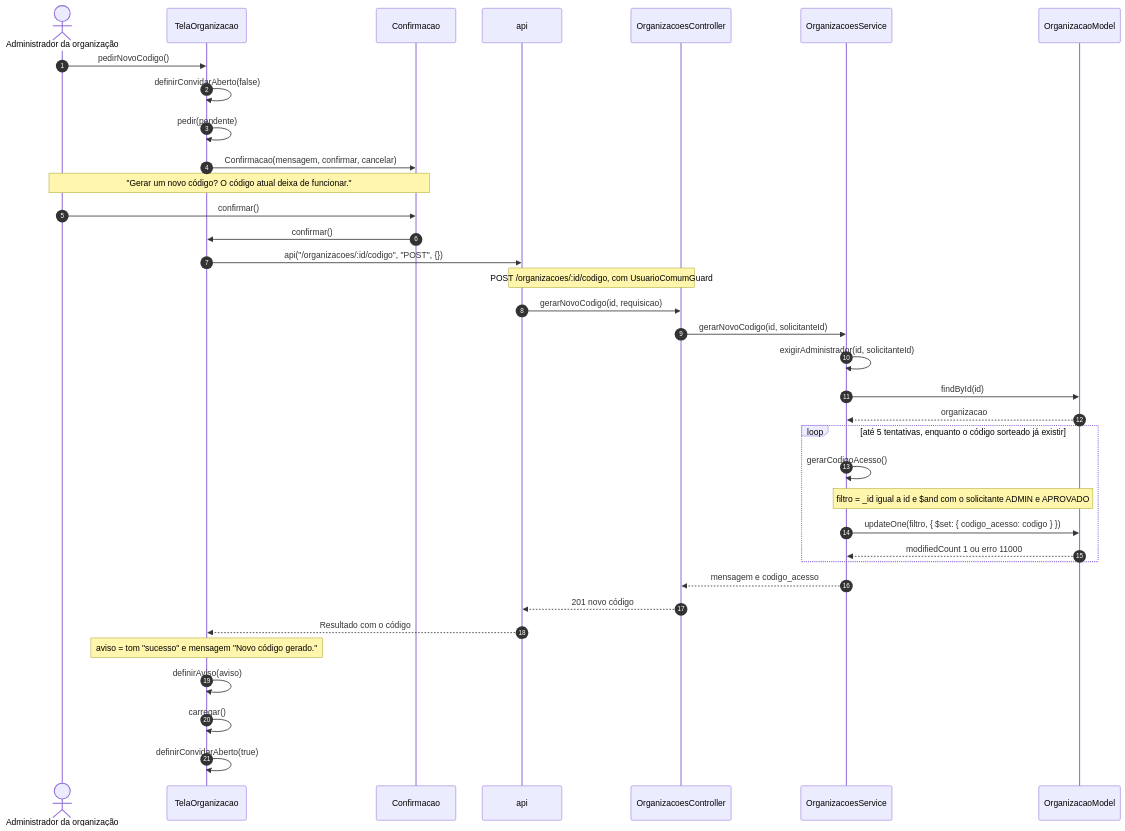
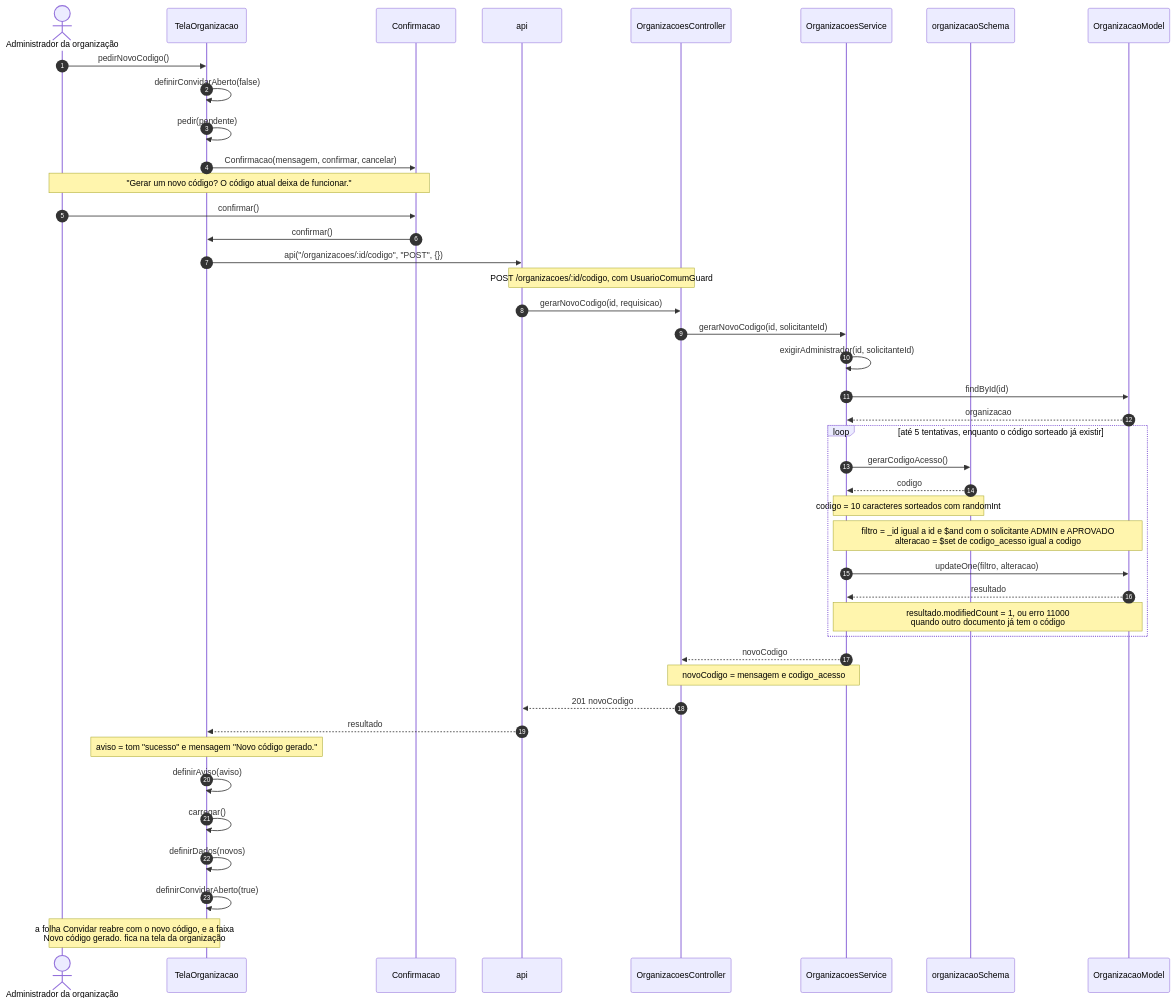
Diagram 11 of 15 in 2 - Incremento 1/cadastro-organizacao/6 - diagramas-sequencia-cadastro-organizacao.md (Conecta-IFSP/DOCUMENTATION), drawn with Mermaid before and after one commit. The commit also changed other lines of this file and 97 other files, not shown here.

````diff
--- a/2 - Incremento 1/cadastro-organizacao/6 - diagramas-sequencia-cadastro-organizacao.md
+++ b/2 - Incremento 1/cadastro-organizacao/6 - diagramas-sequencia-cadastro-organizacao.md
@@ -417,38 +449,45 @@
 ```mermaid
 sequenceDiagram
     autonumber
     actor U as Administrador da organização
     participant T as TelaOrganizacao
     participant D as Confirmacao
     participant A as api
     participant C as OrganizacoesController
     participant S as OrganizacoesService
+    participant G as organizacaoSchema
     participant M as OrganizacaoModel
     U->>T: pedirNovoCodigo()
     T->>T: definirConvidarAberto(false)
     T->>T: pedir(pendente)
     T->>D: Confirmacao(mensagem, confirmar, cancelar)
     Note over U,D: "Gerar um novo código? O código atual deixa de funcionar."
     U->>D: confirmar()
     D->>T: confirmar()
     T->>A: api("/organizacoes/:id/codigo", "POST", {})
     Note over A,C: POST /organizacoes/:id/codigo, com UsuarioComumGuard
     A->>C: gerarNovoCodigo(id, requisicao)
     C->>S: gerarNovoCodigo(id, solicitanteId)
     S->>S: exigirAdministrador(id, solicitanteId)
     S->>M: findById(id)
     M-->>S: organizacao
     loop até 5 tentativas, enquanto o código sorteado já existir
-        S->>S: gerarCodigoAcesso()
-        Note over S,M: filtro = _id igual a id e $and com o solicitante ADMIN e APROVADO
-        S->>M: updateOne(filtro, { $set: { codigo_acesso: codigo } })
-        M-->>S: modifiedCount 1 ou erro 11000
+        S->>G: gerarCodigoAcesso()
+        G-->>S: codigo
+        Note over S,G: codigo = 10 caracteres sorteados com randomInt
+        Note over S,M: filtro = _id igual a id e $and com o solicitante ADMIN e APROVADO<br/>alteracao = $set de codigo_acesso igual a codigo
+        S->>M: updateOne(filtro, alteracao)
+        M-->>S: resultado
+        Note over S,M: resultado.modifiedCount = 1, ou erro 11000<br/>quando outro documento já tem o código
     end
-    S-->>C: mensagem e codigo_acesso
-    C-->>A: 201 novo código
-    A-->>T: Resultado com o código
+    S-->>C: novoCodigo
+    Note over C,S: novoCodigo = mensagem e codigo_acesso
+    C-->>A: 201 novoCodigo
+    A-->>T: resultado
     Note over T: aviso = tom "sucesso" e mensagem "Novo código gerado."
     T->>T: definirAviso(aviso)
     T->>T: carregar()
+    T->>T: definirDados(novos)
     T->>T: definirConvidarAberto(true)
+    Note over U,T: a folha Convidar reabre com o novo código, e a faixa<br/>Novo código gerado. fica na tela da organização
 ```
````
